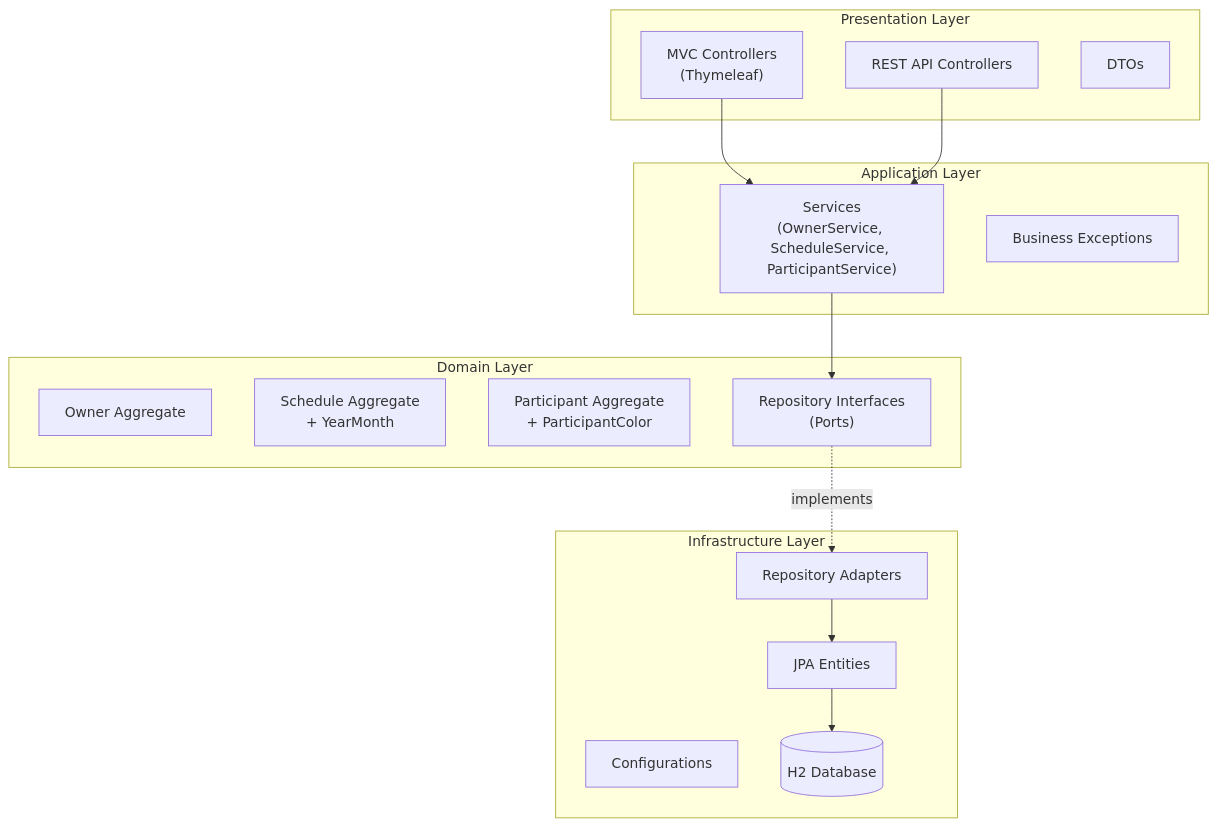
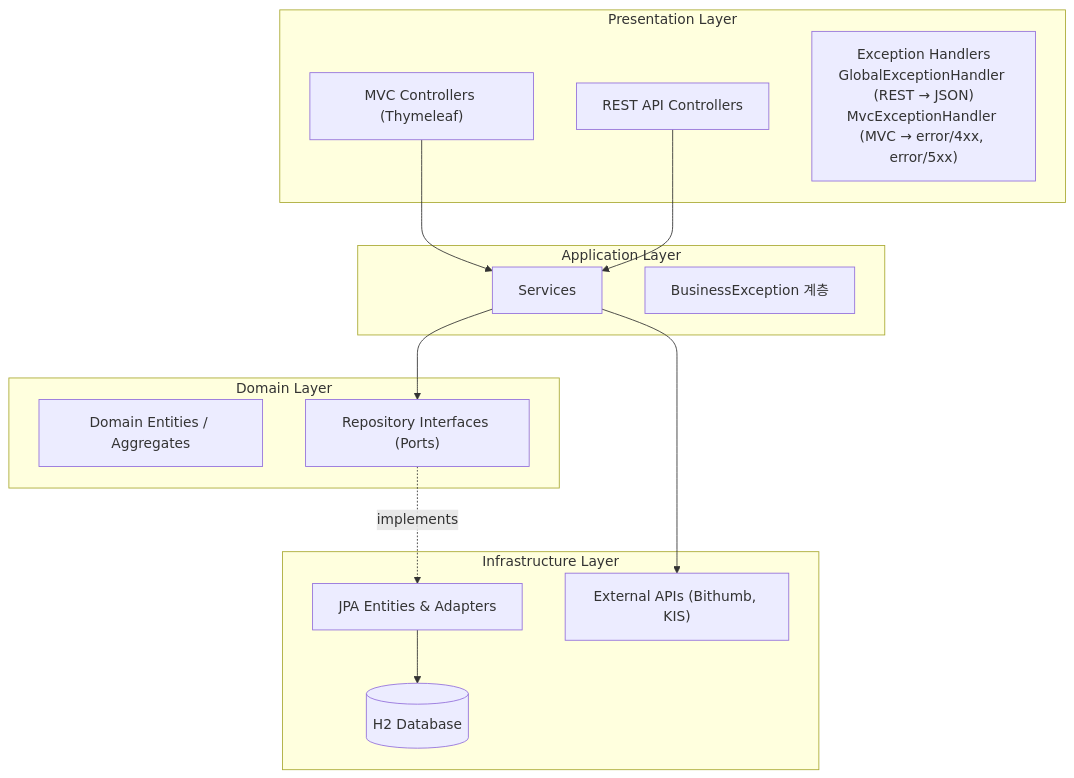
One commit to singingsandhill/calendar changed the second of 5 diagrams in README.md. Above: the diagram before and after it, drawn with Mermaid. The commit also changed other lines of this file and 14 other files, not shown here.

````diff
--- a/README.md
+++ b/README.md
@@ -114,34 +123,31 @@
 ```mermaid
 graph TB
     subgraph Presentation["Presentation Layer"]
-        Controller["MVC Controllers<br/>(Thymeleaf)"]
+        MVC["MVC Controllers (Thymeleaf)"]
         API["REST API Controllers"]
-        DTO["DTOs"]
+        EH["Exception Handlers<br/>GlobalExceptionHandler (REST → JSON)<br/>MvcExceptionHandler (MVC → error/4xx, error/5xx)"]
     end
 
     subgraph Application["Application Layer"]
-        Service["Services<br/>(OwnerService, ScheduleService, ParticipantService)"]
-        Exception["Business Exceptions"]
+        Service["Services"]
+        Exception["BusinessException 계층"]
     end
 
     subgraph Domain["Domain Layer"]
-        Owner["Owner Aggregate"]
-        Schedule["Schedule Aggregate<br/>+ YearMonth"]
-        Participant["Participant Aggregate<br/>+ ParticipantColor"]
-        Port["Repository Interfaces<br/>(Ports)"]
+        Entities["Domain Entities / Aggregates"]
+        Port["Repository Interfaces (Ports)"]
     end
 
     subgraph Infrastructure["Infrastructure Layer"]
-        Entity["JPA Entities"]
-        Adapter["Repository Adapters"]
-        Config["Configurations"]
+        JPA["JPA Entities & Adapters"]
+        External["External APIs (Bithumb, KIS)"]
         DB[(H2 Database)]
     end
 
-    Controller --> Service
+    MVC --> Service
     API --> Service
     Service --> Port
-    Port -.->|implements| Adapter
-    Adapter --> Entity
-    Entity --> DB
+    Port -.->|implements| JPA
+    JPA --> DB
+    Service --> External
 ```
````
